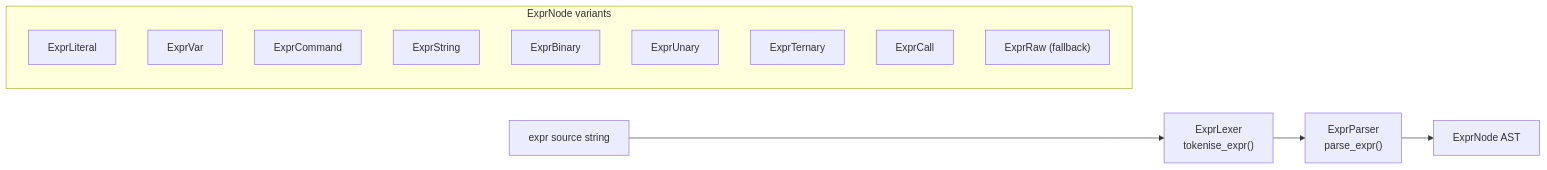
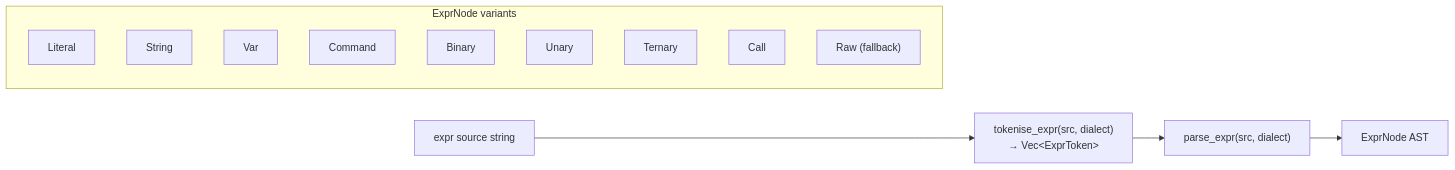
Diagram 20 of 20 in docs/design/compiler-architecture.md (bitwisecook/tcl-lsp), drawn with Mermaid before and after one commit. The commit also changed other lines of this file and 2 other files, not shown here.

Commit message:
docs: checkpoint — design-doc rewrite passes in flight
Four passes are verifying the compiler, runtime, and contract docs against
the Rust source and rewriting what does not match. Fences balance and links
resolve at this point.

Claude-Session: https://claude.ai/code/session_018EsrzbRRXo2tQ1mUuoY6Lx

````diff
--- a/docs/design/compiler-architecture.md
+++ b/docs/design/compiler-architecture.md
@@ -852,19 +857,19 @@
 ```mermaid
 flowchart LR
-    EXPR["expr source string"] --> ELEX["ExprLexer<br/>tokenise_expr()"]
-    ELEX --> EPAR["ExprParser<br/>parse_expr()"]
+    EXPR["expr source string"] --> ELEX["tokenise_expr(src, dialect)<br/>→ Vec&lt;ExprToken&gt;"]
+    ELEX --> EPAR["parse_expr(src, dialect)"]
     EPAR --> EAST["ExprNode AST"]
 
     subgraph "ExprNode variants"
         direction TB
-        LIT["ExprLiteral"]
-        VAR["ExprVar"]
-        CMD["ExprCommand"]
-        STR["ExprString"]
-        BIN["ExprBinary"]
-        UNA["ExprUnary"]
-        TER["ExprTernary"]
-        CAL["ExprCall"]
-        RAW["ExprRaw (fallback)"]
+        LIT["Literal"]
+        STR["String"]
+        VAR["Var"]
+        CMD["Command"]
+        BIN["Binary"]
+        UNA["Unary"]
+        TER["Ternary"]
+        CAL["Call"]
+        RAW["Raw (fallback)"]
     end
 ```
````
